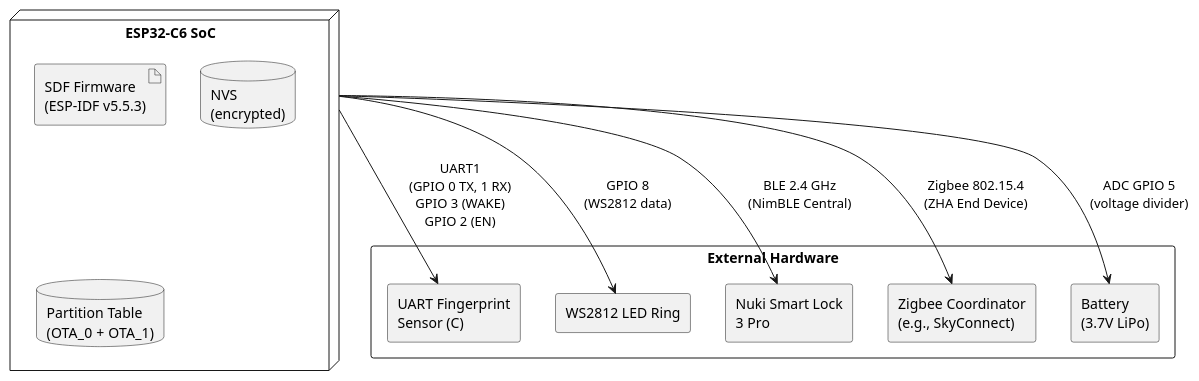
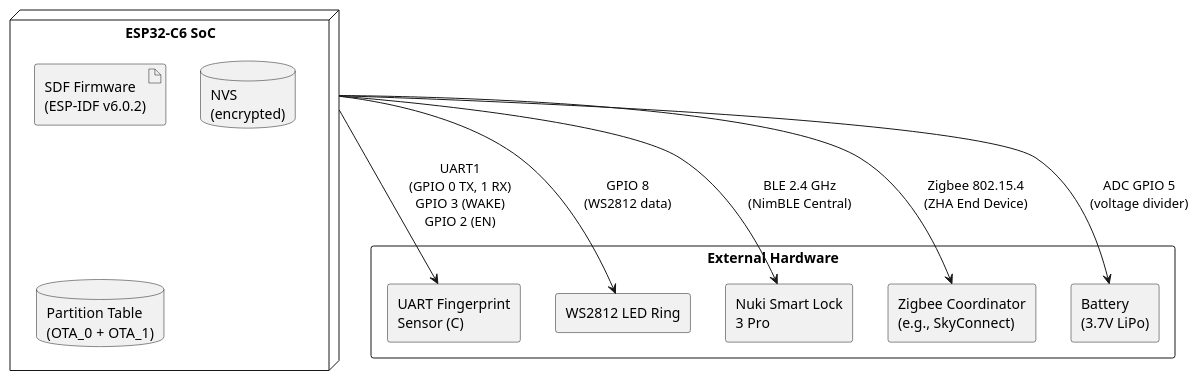
Diagram 13 of 13 in doc/sdf_sas.md (thor-ro/finger_print), drawn with PlantUML before and after one commit. The commit also changed other lines of this file and 26 other files, not shown here.

````diff
--- a/doc/sdf_sas.md
+++ b/doc/sdf_sas.md
@@ -526,23 +526,23 @@
 ```plantuml
 @startuml
 node "ESP32-C6 SoC" as mcu {
-  artifact "SDF Firmware\n(ESP-IDF v5.5.3)" as fw
+  artifact "SDF Firmware\n(ESP-IDF v6.0.2)" as fw
   database "NVS\n(encrypted)" as nvs
   database "Partition Table\n(OTA_0 + OTA_1)" as pt
 }
 
 rectangle "External Hardware" {
   rectangle "UART Fingerprint\nSensor (C)" as fps
   rectangle "WS2812 LED Ring" as led
   rectangle "Nuki Smart Lock\n3 Pro" as nuki
   rectangle "Zigbee Coordinator\n(e.g., SkyConnect)" as zc
   rectangle "Battery\n(3.7V LiPo)" as bat
 }
 
 mcu --> fps : UART1\n(GPIO 0 TX, 1 RX)\nGPIO 3 (WAKE)\nGPIO 2 (EN)
 mcu --> led : GPIO 8\n(WS2812 data)
 mcu --> nuki : BLE 2.4 GHz\n(NimBLE Central)
 mcu --> zc : Zigbee 802.15.4\n(ZHA End Device)
 mcu --> bat : ADC GPIO 5\n(voltage divider)
 @enduml
 ```
````
